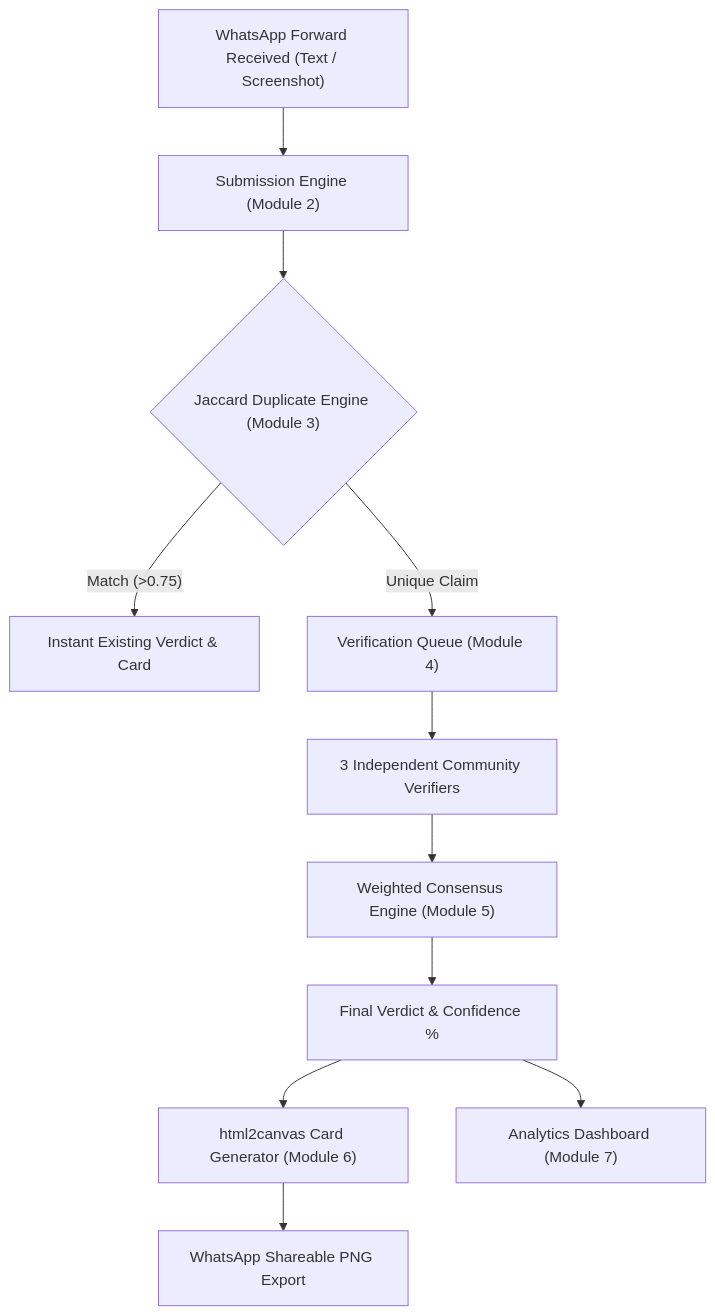
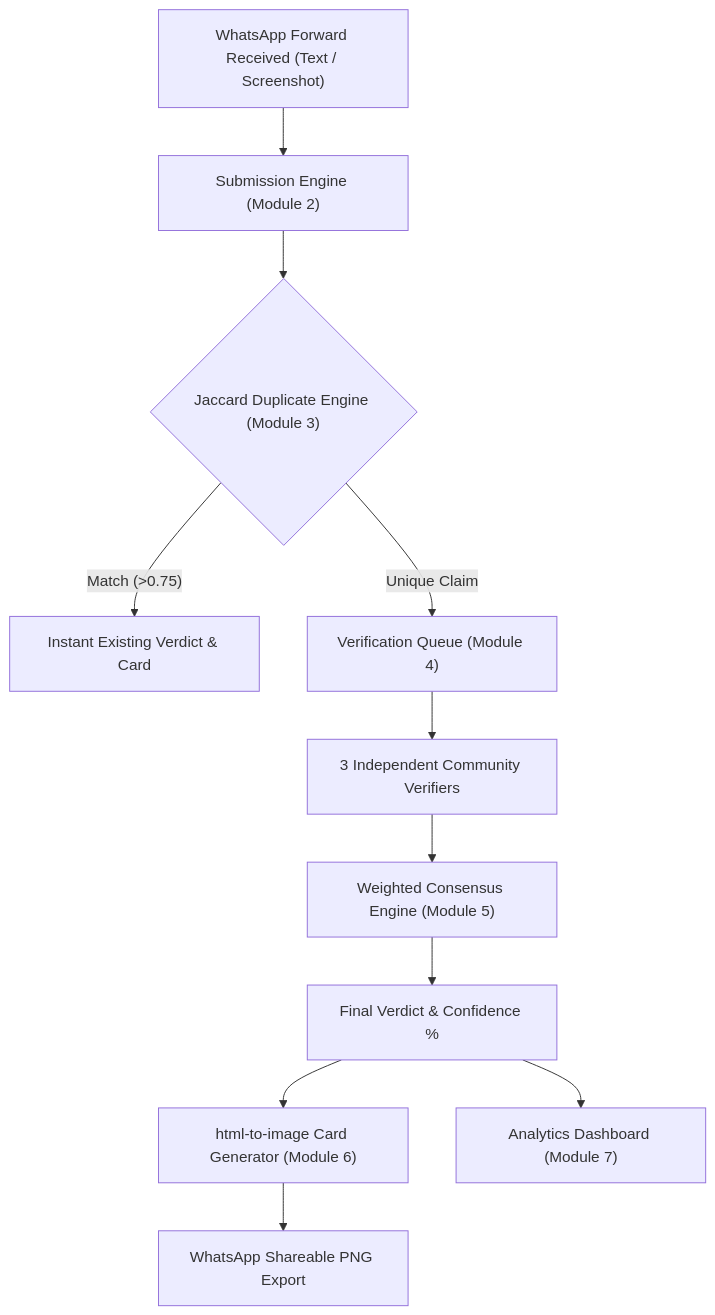
The diagram in FactStamp/INDEX.md (aadish0day/typst), drawn with Mermaid before and after one commit. The commit also changed other lines of this file and 25 other files, not shown here.

First line of the commit message:
docs(factstamp): replace html2canvas with html-to-image across all chapters

````diff
--- a/FactStamp/INDEX.md
+++ b/FactStamp/INDEX.md
@@ -192,13 +192,13 @@
 ```mermaid
 flowchart TD
     A["WhatsApp Forward Received (Text / Screenshot)"] --> B["Submission Engine (Module 2)"]
     B --> C{"Jaccard Duplicate Engine (Module 3)"}
     C -- "Match (>0.75)" --> D["Instant Existing Verdict & Card"]
     C -- "Unique Claim" --> E["Verification Queue (Module 4)"]
     E --> F["3 Independent Community Verifiers"]
     F --> G["Weighted Consensus Engine (Module 5)"]
     G --> H["Final Verdict & Confidence %"]
-    H --> I["html2canvas Card Generator (Module 6)"]
+    H --> I["html-to-image Card Generator (Module 6)"]
     I --> J["WhatsApp Shareable PNG Export"]
     H --> K["Analytics Dashboard (Module 7)"]
 ```
````
